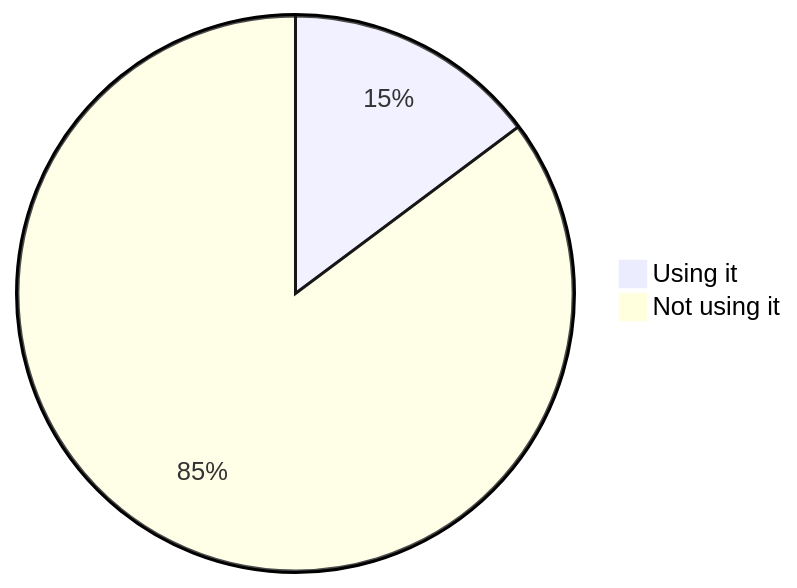
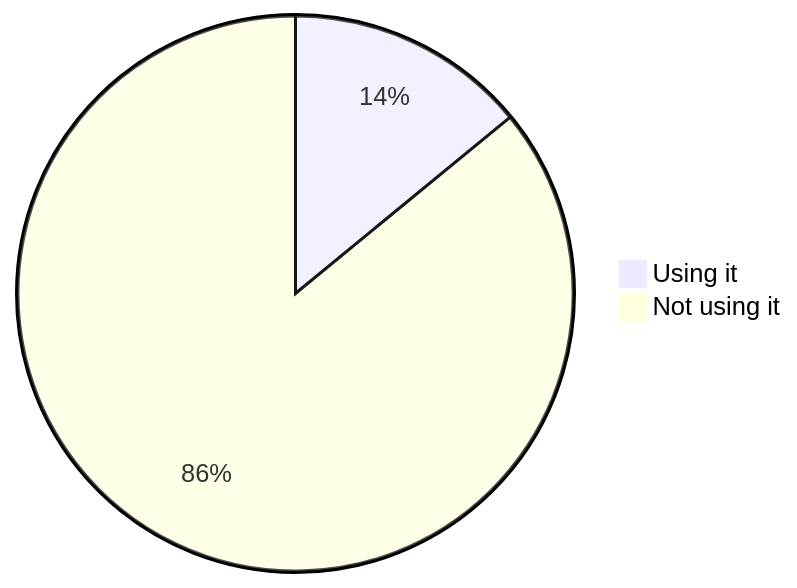
One commit to oshp/oshp-stats changed the fourth of 22 diagrams in stats.md. Above: the diagram before and after it, drawn with Mermaid. The commit also changed other lines of this file, not shown here.

````diff
--- a/stats.md
+++ b/stats.md
@@ -46,6 +46,6 @@
 ```mermaid
 pie
-	"Using it" : 14.78
-	"Not using it" : 85.22
+	"Using it" : 14.06
+	"Not using it" : 85.94
 
 ```
````
